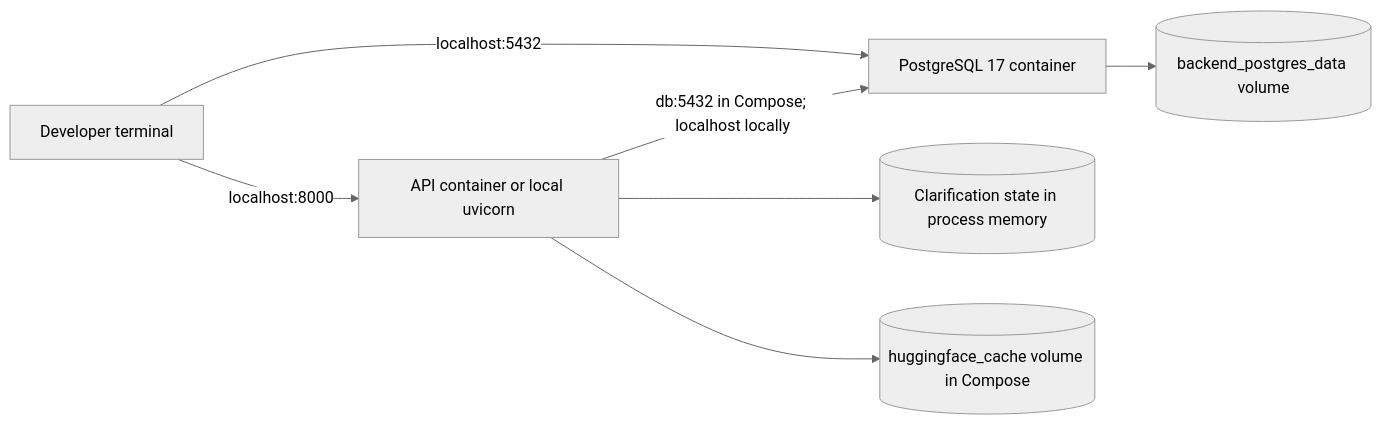
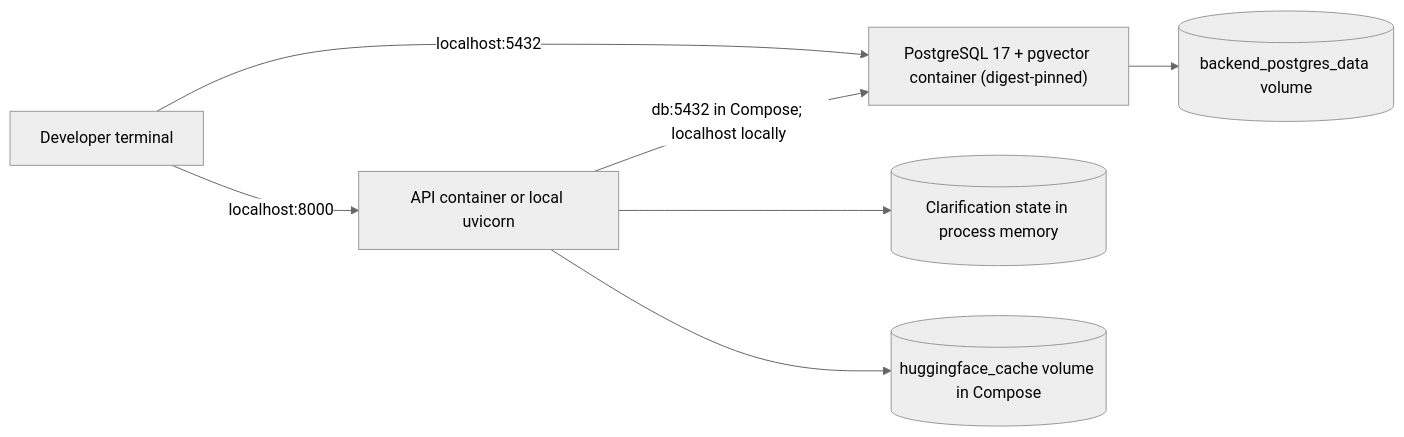
The second of 2 diagrams in docs/architecture/README.md (fssonca/culinary-copilot), drawn with Mermaid (neutral theme) before and after one commit. The commit also changed other lines of this file and 25 other files, not shown here.

````diff
--- a/docs/architecture/README.md
+++ b/docs/architecture/README.md
@@ -91,9 +119,9 @@
 ```mermaid
 flowchart LR
     Host["Developer terminal"] -->|"localhost:8000"| API["API container or local uvicorn"]
-    Host -->|"localhost:5432"| DB["PostgreSQL 17 container"]
+    Host -->|"localhost:5432"| DB["PostgreSQL 17 + pgvector container (digest-pinned)"]
     API -->|"db:5432 in Compose; localhost locally"| DB
     DB --> Disk[("backend_postgres_data volume")]
     API --> RAM[("Clarification state in process memory")]
     API --> Cache[("huggingface_cache volume in Compose")]
 ```
````
